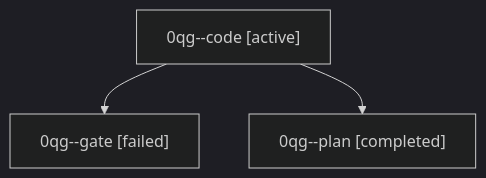
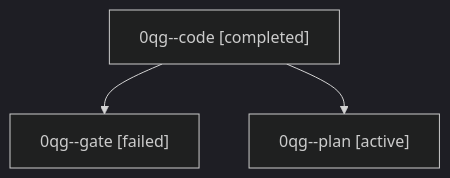
Before and after one commit to sase-org/sase--agents: the diagram in families/bbugyi200.athena.0qg.md, drawn with Mermaid (dark theme). The commit also changed other lines of this file and 35830 other files, not shown here.

````diff
--- a/families/bbugyi200.athena.0qg.md
+++ b/families/bbugyi200.athena.0qg.md
@@ -9,8 +9,8 @@
 ```mermaid
 flowchart TD
-  n0["0qg--code [active]"]
+  n0["0qg--code [completed]"]
   n1["0qg--gate [failed]"]
   n0 --> n1
-  n2["0qg--plan [completed]"]
+  n2["0qg--plan [active]"]
   n0 --> n2
 ```
````
